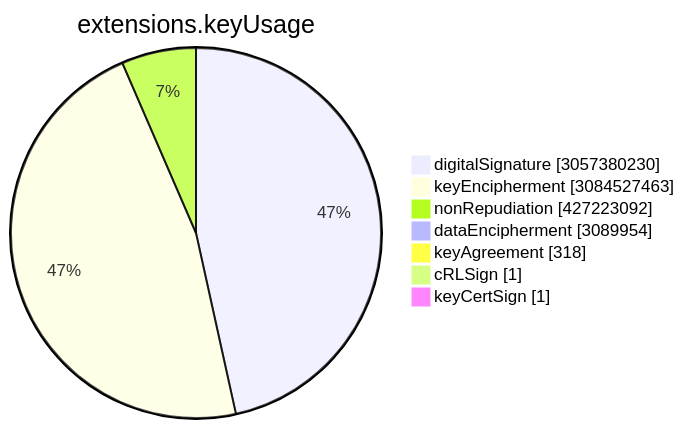
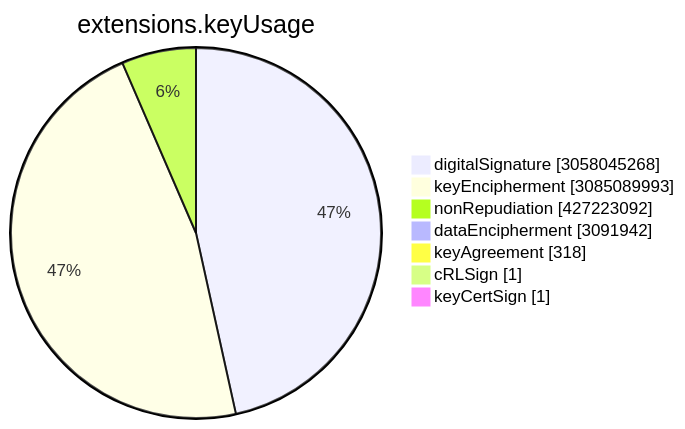
One commit to christiankrug/ctmonitor_visualization changed the sixth of 15 diagrams in TOTAL/README.md. Above: the diagram before and after it, drawn with Mermaid. The commit also changed other lines of this file, not shown here.

````diff
--- a/TOTAL/README.md
+++ b/TOTAL/README.md
@@ -3075,11 +3075,11 @@
 ```mermaid
 pie showData
 title extensions.keyUsage
-"digitalSignature" :3057380230
-"keyEncipherment" :3084527463
+"digitalSignature" :3058045268
+"keyEncipherment" :3085089993
 "nonRepudiation" :427223092
-"dataEncipherment" :3089954
+"dataEncipherment" :3091942
 "keyAgreement" :318
 "cRLSign" :1
 "keyCertSign" :1
 ```
````
